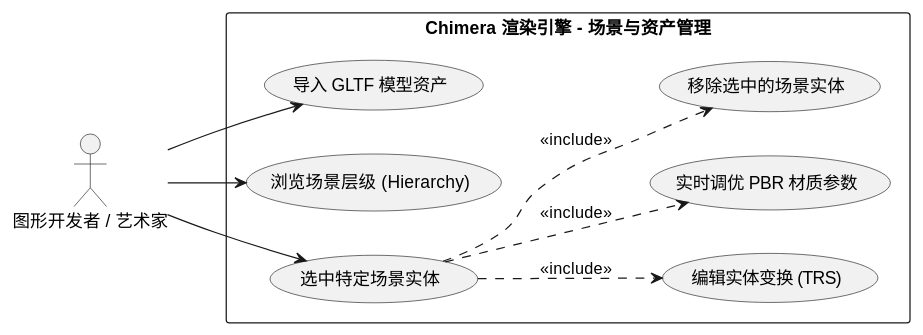
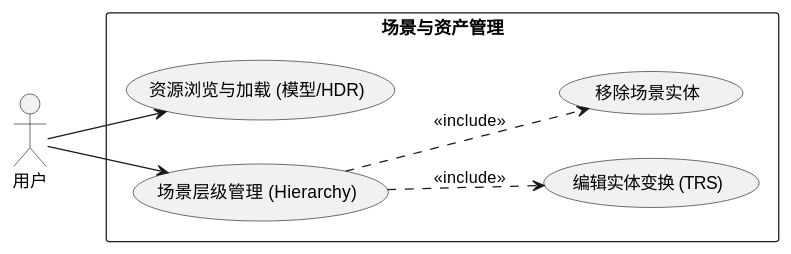
Before and after one commit to CadenXc/HybridRenderer: the first of 17 diagrams in RenderGraph_Architecture_Diagrams.md, drawn with PlantUML. The commit also changed other lines of this file and 3 other files, not shown here.

````diff
--- a/RenderGraph_Architecture_Diagrams.md
+++ b/RenderGraph_Architecture_Diagrams.md
@@ -11,25 +11,22 @@
 ```plantuml
 @startuml
 left to right direction
 skinparam packageStyle rectangle
 
-actor "图形开发者 / 艺术家" as User
+actor "用户" as User
 
-rectangle "Chimera 渲染引擎 - 场景与资产管理" {
-    usecase "导入 GLTF 模型资产" as UC1
-    usecase "浏览场景层级 (Hierarchy)" as UC2
-    usecase "选中特定场景实体" as UC3
+rectangle "场景与资产管理" {
+    usecase "资源浏览与加载 (模型/HDR)" as UC1
+    usecase "场景层级管理 (Hierarchy)" as UC2
     usecase "编辑实体变换 (TRS)" as UC4
-    usecase "实时调优 PBR 材质参数" as UC5
-    usecase "移除选中的场景实体" as UC6
+    usecase "移除场景实体" as UC5
 }
 
 User --> UC1
 User --> UC2
-User --> UC3
-UC3 ..> UC4 : <<include>>
-UC3 ..> UC5 : <<include>>
-UC3 ..> UC6 : <<include>>
 
+UC2 ..> UC4 : <<include>>
+UC2 ..> UC5 : <<include>>
 @enduml
+
 ```
````
